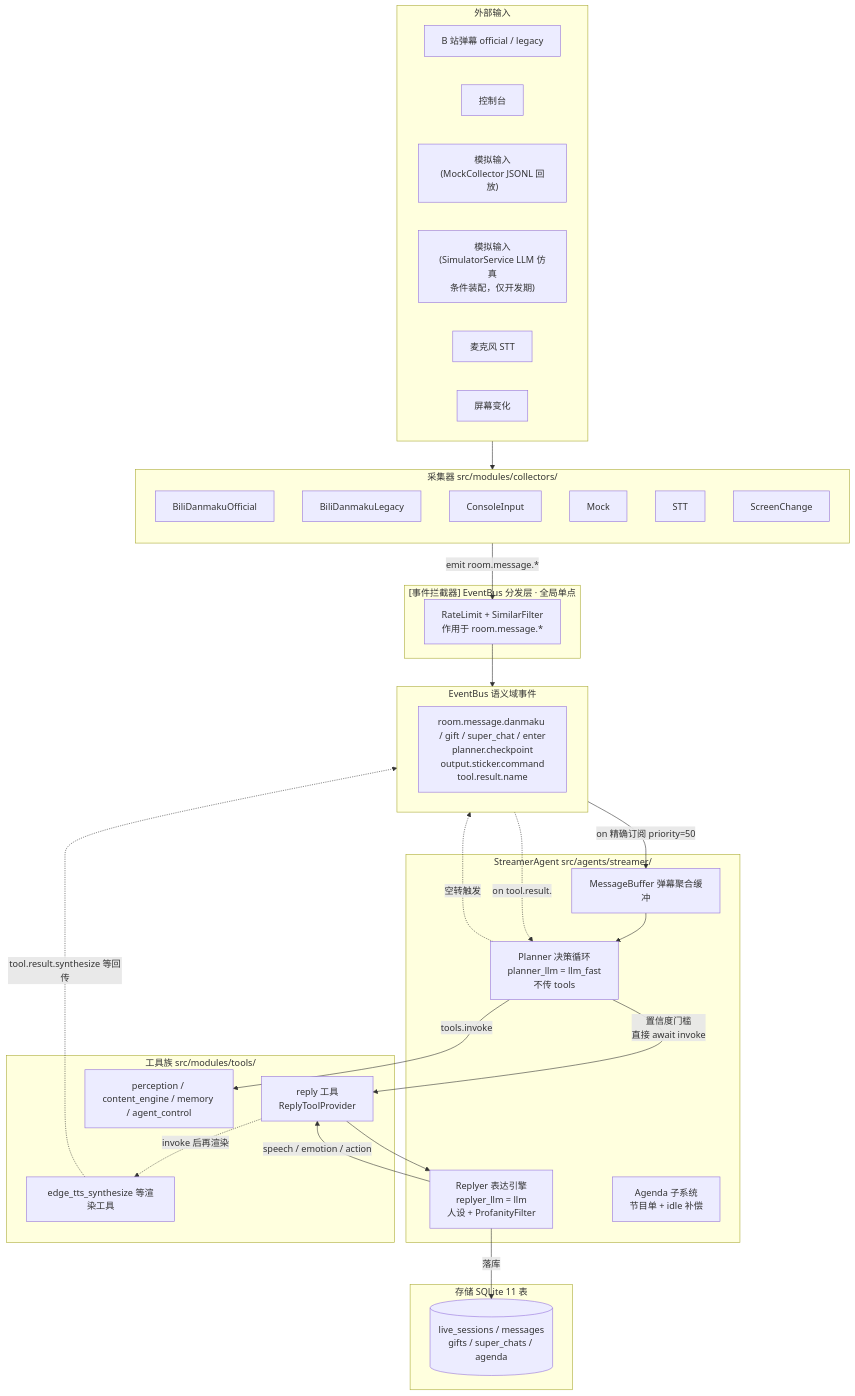
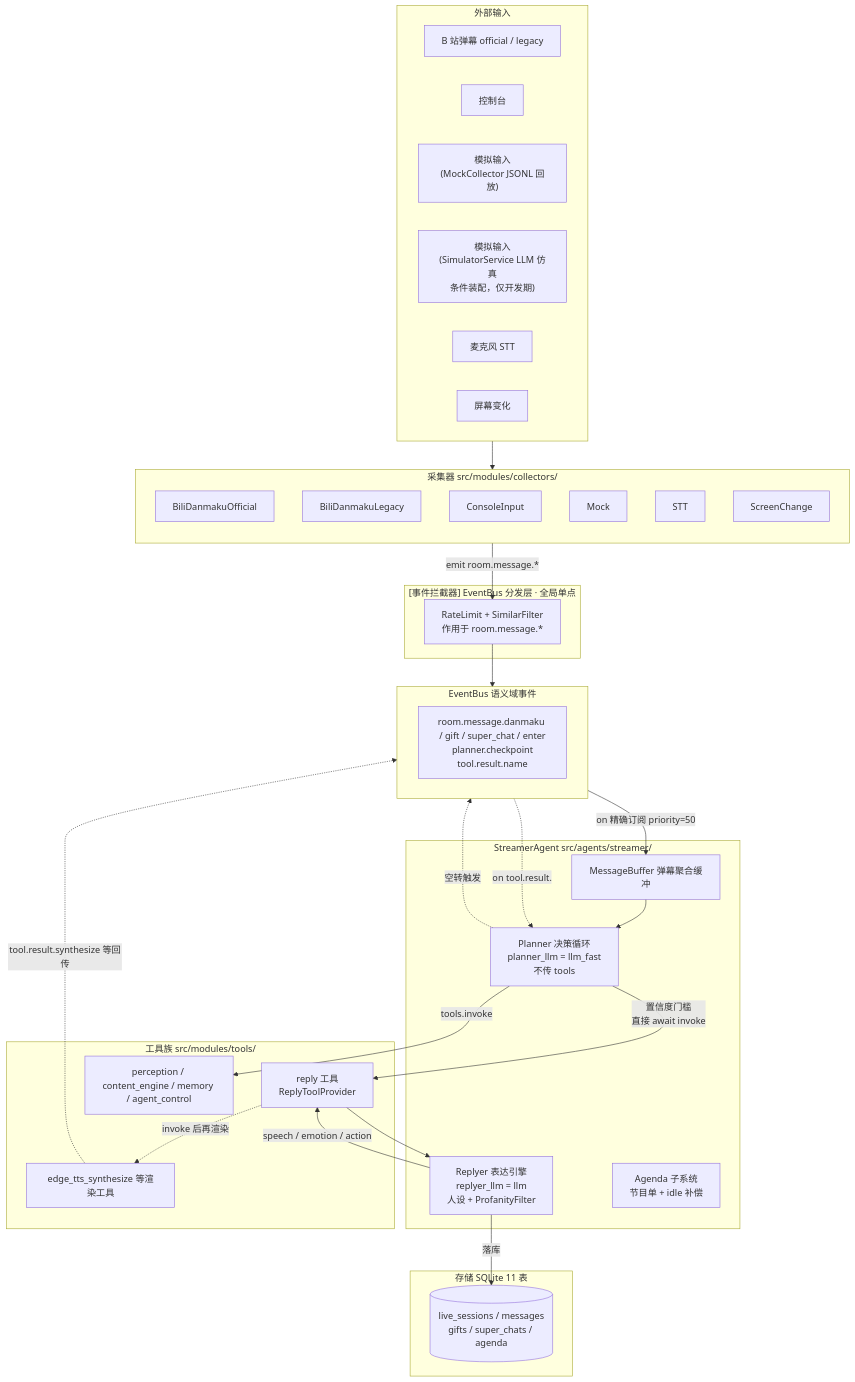
One commit to Mai-with-u/Amaidesu changed the diagram in docs/architecture/data-flow.md. Above: the diagram before and after it, drawn with Mermaid. The commit also changed other lines of this file and 17 other files, not shown here.

Commit message:
refactor(output): 砍除 Sticker 事件链——VTS 解除空转订阅（审计 C1）

````diff
--- a/docs/architecture/data-flow.md
+++ b/docs/architecture/data-flow.md
@@ -23,61 +23,61 @@
 ```mermaid
 flowchart TB
     subgraph Ext["外部输入"]
         Bili["B 站弹幕 official / legacy"]
         Cons["控制台"]
         Mock["模拟输入<br/>(MockCollector JSONL 回放)"]
         Sim["模拟输入<br/>(SimulatorService LLM 仿真<br/>条件装配，仅开发期)"]
         Mic["麦克风 STT"]
         Screen["屏幕变化"]
     end
 
     subgraph Collectors["采集器 src/modules/collectors/"]
         direction TB
         C1["BiliDanmakuOfficial"]
         C2["BiliDanmakuLegacy"]
         C3["ConsoleInput"]
         C4["Mock"]
         C5["STT"]
         C6["ScreenChange"]
     end
 
     subgraph Interceptors["[事件拦截器] EventBus 分发层 · 全局单点"]
         IC["RateLimit + SimilarFilter<br/>作用于 room.message.*"]
     end
 
     subgraph Bus["EventBus 语义域事件"]
-        EB["room.message.danmaku / gift / super_chat / enter<br/>planner.checkpoint<br/>output.sticker.command<br/>tool.result.name"]
+        EB["room.message.danmaku / gift / super_chat / enter<br/>planner.checkpoint<br/>tool.result.name"]
     end
 
     subgraph StreamerAgent["StreamerAgent src/agents/streamer/"]
         MB["MessageBuffer 弹幕聚合缓冲"]
         Planner["Planner 决策循环<br/>planner_llm = llm_fast<br/>不传 tools"]
         Reply["Replyer 表达引擎<br/>replyer_llm = llm<br/>人设 + ProfanityFilter"]
         Agenda["Agenda 子系统<br/>节目单 + idle 补偿"]
     end
 
     subgraph Tools["工具族 src/modules/tools/"]
         RT["reply 工具<br/>ReplyToolProvider"]
         TTS["edge_tts_synthesize 等渲染工具"]
         Other["perception / content_engine / memory / agent_control"]
     end
 
     subgraph Storage["存储 SQLite 11 表"]
         DB[("live_sessions / messages<br/>gifts / super_chats / agenda")]
     end
 
     Ext --> Collectors
     Collectors -->|emit room.message.*| IC
     IC --> Bus
     Bus -->|on 精确订阅 priority=50| MB
     MB --> Planner
     Planner -->|置信度门槛<br/>直接 await invoke| RT
     RT --> Reply
     Reply -->|speech / emotion / action| RT
     Reply -->|落库| DB
     Planner -.->|空转触发| Bus
     Planner -->|tools.invoke| Other
     RT -.->|invoke 后再渲染| TTS
     TTS -.->|tool.result.synthesize 等回传| Bus
     Bus -.->|on tool.result.| Planner
 ```
````
